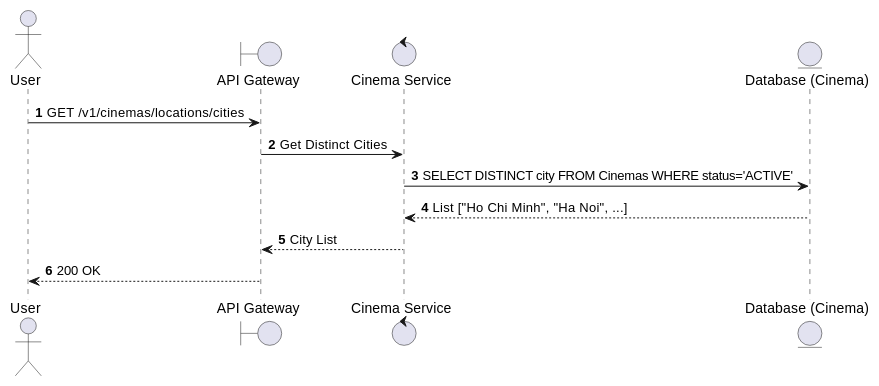
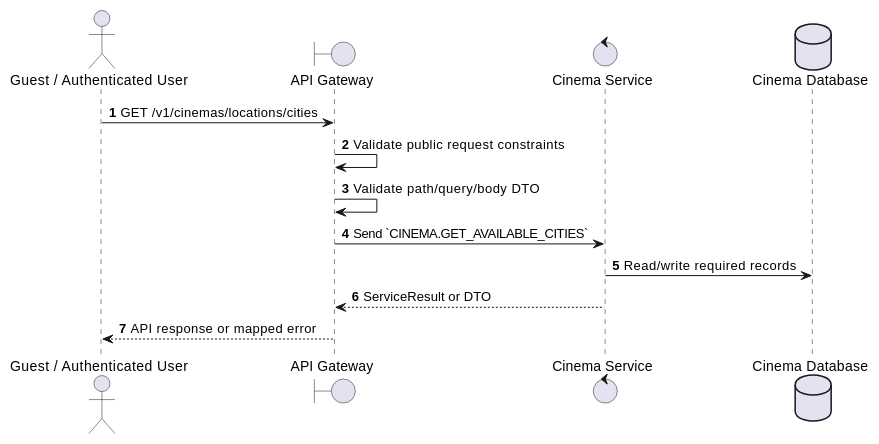
The first of 2 diagrams in docs/functional_specs/3.2.1_Cinema_Management/CM-09_Get_Available_Cities.md (Tanh1603/movie-hub-architecture), drawn with PlantUML before and after one commit. The commit also changed other lines of this file and 126 other files, not shown here.

````diff
--- a/docs/functional_specs/3.2.1_Cinema_Management/CM-09_Get_Available_Cities.md
+++ b/docs/functional_specs/3.2.1_Cinema_Management/CM-09_Get_Available_Cities.md
@@ -17,16 +17,17 @@
 ```plantuml
 @startuml
 autonumber
-actor User
+actor "Guest / Authenticated User" as Actor
 boundary "API Gateway" as GW
-control "Cinema Service" as CS
-entity "Database (Cinema)" as DB
+control "Cinema Service" as SVC
+database "Cinema Database" as DB
 
-User -> GW: GET /v1/cinemas/locations/cities
-GW -> CS: Get Distinct Cities
-CS -> DB: SELECT DISTINCT city FROM Cinemas WHERE status='ACTIVE'
-DB --> CS: List ["Ho Chi Minh", "Ha Noi", ...]
-CS --> GW: City List
-GW --> User: 200 OK
+Actor -> GW: GET /v1/cinemas/locations/cities
+GW -> GW: Validate public request constraints
+GW -> GW: Validate path/query/body DTO
+GW -> SVC: Send `CINEMA.GET_AVAILABLE_CITIES`
+SVC -> DB: Read/write required records
+SVC --> GW: ServiceResult or DTO
+GW --> Actor: API response or mapped error
 @enduml
 ```
````
